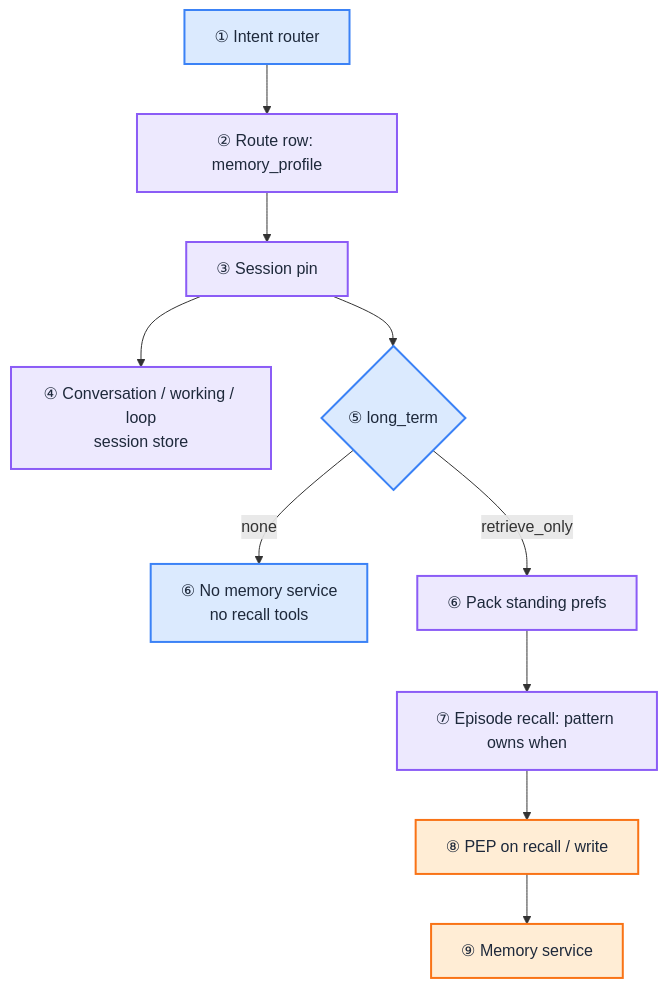
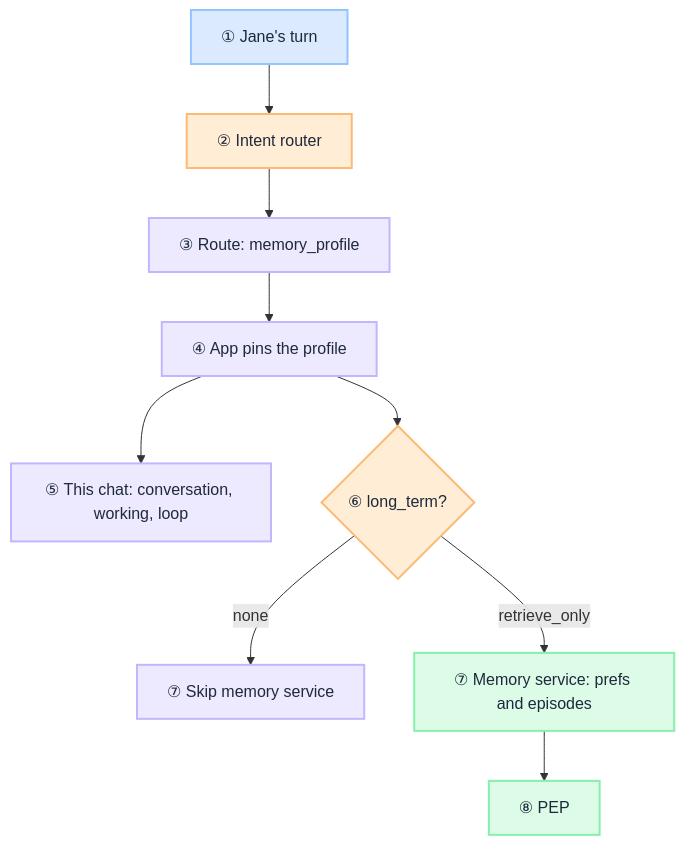
One commit to iamsharmajitender/gain changed the diagram in docs/playbooks/agents/orchestration/memory.mdx. Above: the diagram before and after it, drawn with Mermaid. The commit also changed other lines of this file and 74 other files, not shown here.

````diff
--- a/docs/playbooks/agents/orchestration/memory.mdx
+++ b/docs/playbooks/agents/orchestration/memory.mdx
@@ -45,20 +80,21 @@
 ```mermaid
 flowchart TB
-    Router["① Intent router"] --> Row["② Route row: memory_profile"]
-    Row --> Pin["③ Session pin"]
-    Pin --> Conv["④ Conversation / working / loop<br/>session store"]
-    Pin --> Flag{"⑤ long_term"}
-    Flag -->|"none"| Skip["⑥ No memory service<br/>no recall tools"]
-    Flag -->|"retrieve_only"| Prefs["⑥ Pack standing prefs"]
-    Prefs --> Who["⑦ Episode recall: pattern owns when"]
-    Who --> Pep["⑧ PEP on recall / write"]
-    Pep --> Store["⑨ Memory service"]
+    User["① Jane's turn"] --> Router["② Intent router"]
+    Router --> Row["③ Route: memory_profile"]
+    Row --> Pin["④ App pins the profile"]
+    Pin --> Session["⑤ This chat: conversation, working, loop"]
+    Pin --> Flag{"⑥ long_term?"}
+    Flag -->|"none"| Skip["⑦ Skip memory service"]
+    Flag -->|"retrieve_only"| Mem["⑦ Memory service: prefs and episodes"]
+    Mem --> Pep["⑧ PEP"]
 
-    classDef app fill:#ede9fe,stroke:#8b5cf6,color:#1e293b,stroke-width:2px
-    classDef gate fill:#ffedd5,stroke:#f97316,color:#1e293b,stroke-width:2px
-    classDef other fill:#dbeafe,stroke:#3b82f6,color:#1e293b,stroke-width:2px
+    classDef actor fill:#dbeafe,stroke:#93c5fd,color:#1e293b,stroke-width:2px
+    classDef gate fill:#ffedd5,stroke:#fdba74,color:#1e293b,stroke-width:2px
+    classDef process fill:#ede9fe,stroke:#c4b5fd,color:#1e293b,stroke-width:2px
+    classDef platform fill:#dcfce7,stroke:#86efac,color:#1e293b,stroke-width:2px
 
-    class Row,Pin,Conv,Prefs,Who app
-    class Pep,Store gate
-    class Router,Flag,Skip other
+    class User actor
+    class Router,Flag gate
+    class Row,Pin,Session,Skip process
+    class Mem,Pep platform
 ```
````
